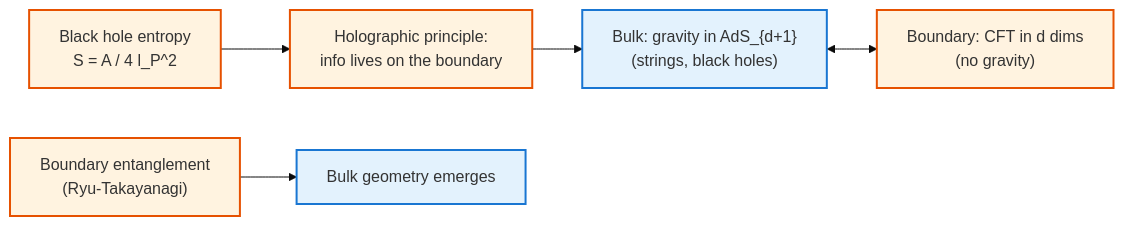
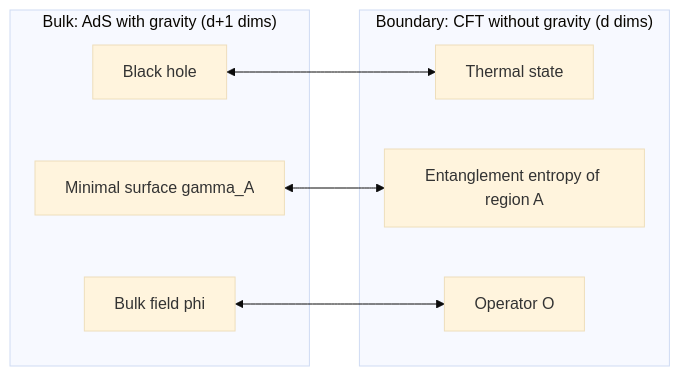
The second of 2 diagrams in github-pages/docs/physics/relativity/quantum-gravity.md (AndrewAltimit/Documentation), drawn with Mermaid (base theme) before and after one commit. The commit also changed other lines of this file and 240 other files, not shown here.

````diff
--- a/github-pages/docs/physics/relativity/quantum-gravity.md
+++ b/github-pages/docs/physics/relativity/quantum-gravity.md
@@ -194,11 +199,16 @@
 ```mermaid
 graph LR
-    BULK["Bulk: gravity in AdS_{d+1}<br/>(strings, black holes)"] <--> BDY["Boundary: CFT in d dims<br/>(no gravity)"]
-    BH["Black hole entropy<br/>S = A / 4 l_P^2"] --> HOLO["Holographic principle:<br/>info lives on the boundary"]
-    HOLO --> BULK
-    ENT["Boundary entanglement<br/>(Ryu-Takayanagi)"] --> GEO["Bulk geometry emerges"]
-    classDef a fill:#e3f2fd,stroke:#1976d2,stroke-width:2px;
-    classDef b fill:#fff3e0,stroke:#e65100,stroke-width:2px;
-    class BULK,GEO a;
-    class BDY,BH,HOLO,ENT b;
+    subgraph Bulk["Bulk: AdS with gravity (d+1 dims)"]
+        BH["Black hole"]
+        RT["Minimal surface gamma_A"]
+        F["Bulk field phi"]
+    end
+    subgraph Boundary["Boundary: CFT without gravity (d dims)"]
+        TH["Thermal state"]
+        EE["Entanglement entropy of region A"]
+        O["Operator O"]
+    end
+    BH <--> TH
+    RT <--> EE
+    F <--> O
 ```
````
